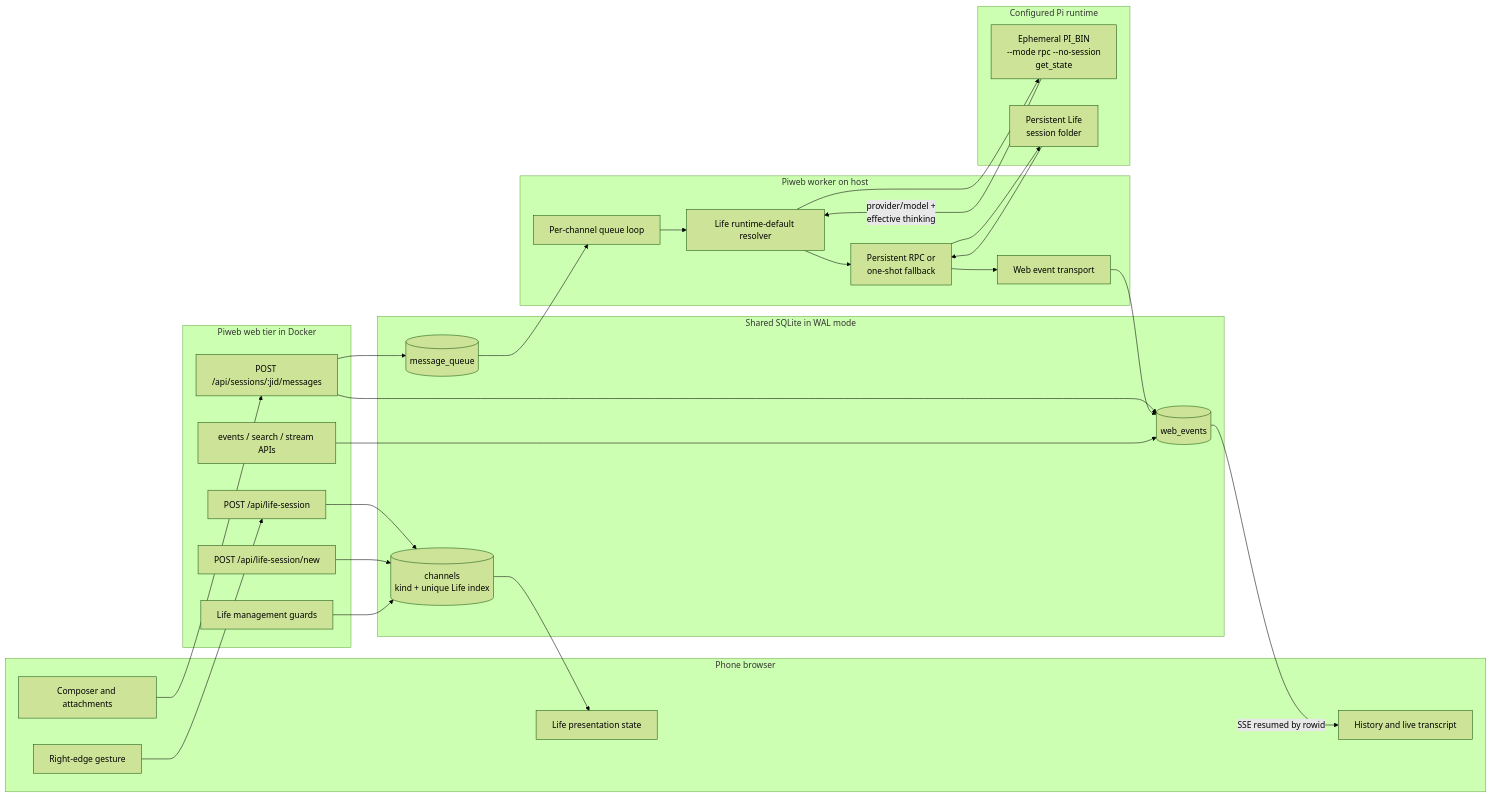
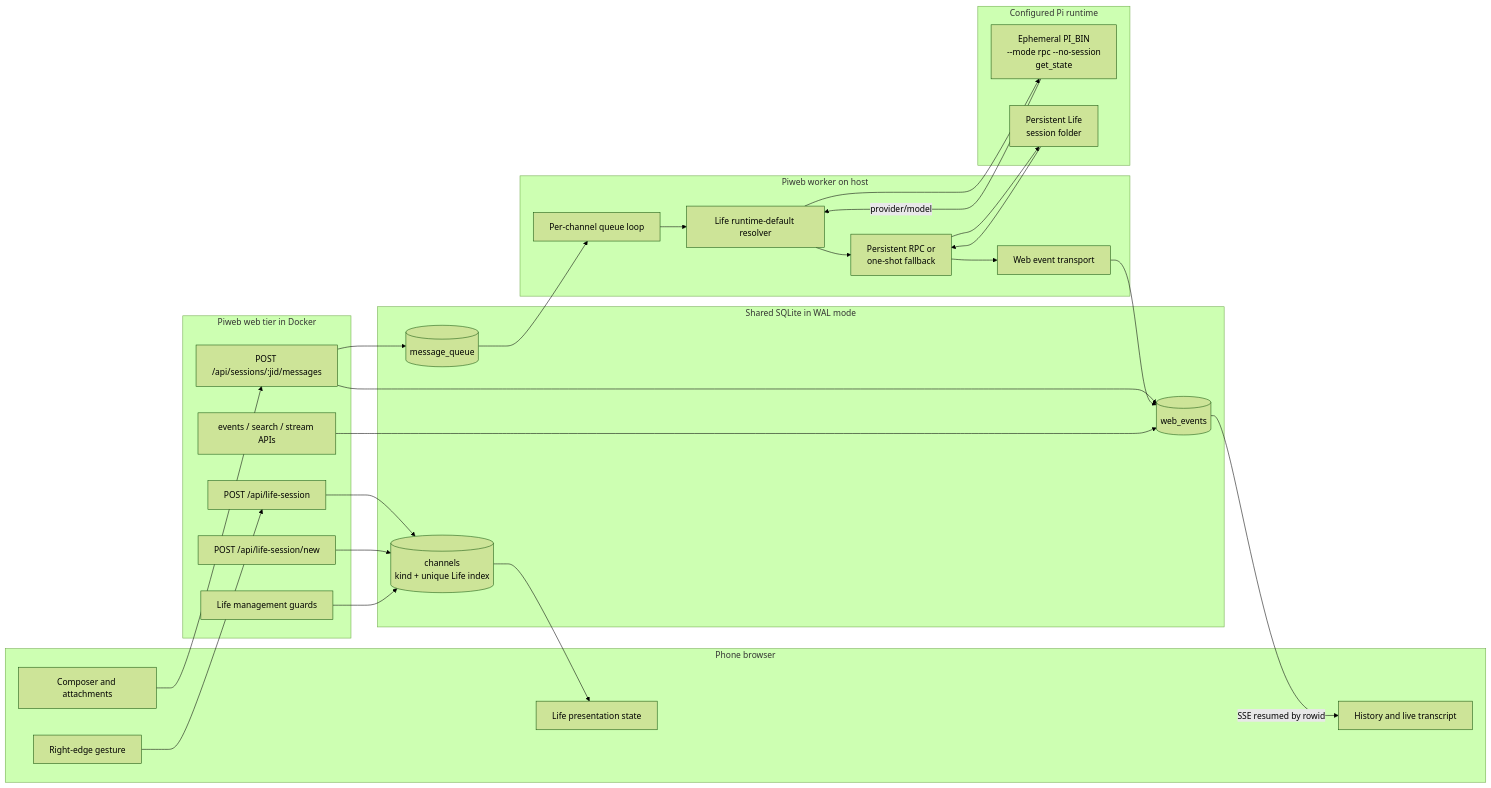
The second of 5 diagrams in docs/life-mode.md (AyaSakura-comp/piweb), drawn with Mermaid (forest theme) before and after one commit. The commit also changed other lines of this file and 3 other files, not shown here.

````diff
--- a/docs/life-mode.md
+++ b/docs/life-mode.md
@@ -119,55 +123,55 @@
 ```mermaid
 flowchart LR
     subgraph Phone[Phone browser]
         Gesture[Right-edge gesture]
         LifeUI[Life presentation state]
         Composer[Composer and attachments]
         Transcript[History and live transcript]
     end
 
     subgraph Web[Piweb web tier in Docker]
         LifeAPI[POST /api/life-session]
         NewLifeAPI[POST /api/life-session/new]
         MsgAPI[POST /api/sessions/:jid/messages]
         HistoryAPI[events / search / stream APIs]
         Guards[Life management guards]
     end
 
     subgraph SQLite[Shared SQLite in WAL mode]
         Channels[(channels<br/>kind + unique Life index)]
         MessageQueue[(message_queue)]
         WebEvents[(web_events)]
     end
 
     subgraph Worker[Piweb worker on host]
         Queue[Per-channel queue loop]
         Resolver[Life runtime-default resolver]
         SessionRunner[Persistent RPC or<br/>one-shot fallback]
         Transport[Web event transport]
     end
 
     subgraph PiRuntime[Configured Pi runtime]
         Probe[Ephemeral PI_BIN<br/>--mode rpc --no-session<br/>get_state]
         LifeSession[Persistent Life<br/>session folder]
     end
 
     Gesture --> LifeAPI
     LifeAPI --> Channels
     NewLifeAPI --> Channels
     Channels --> LifeUI
     Composer --> MsgAPI
     MsgAPI --> WebEvents
     MsgAPI --> MessageQueue
     MessageQueue --> Queue
     Queue --> Resolver
     Resolver --> Probe
-    Probe -->|provider/model +<br/>effective thinking| Resolver
+    Probe -->|provider/model| Resolver
     Resolver --> SessionRunner
     SessionRunner --> LifeSession
     LifeSession --> SessionRunner
     SessionRunner --> Transport
     Transport --> WebEvents
     HistoryAPI --> WebEvents
     WebEvents -->|SSE resumed by rowid| Transcript
     Guards --> Channels
 ```
````
